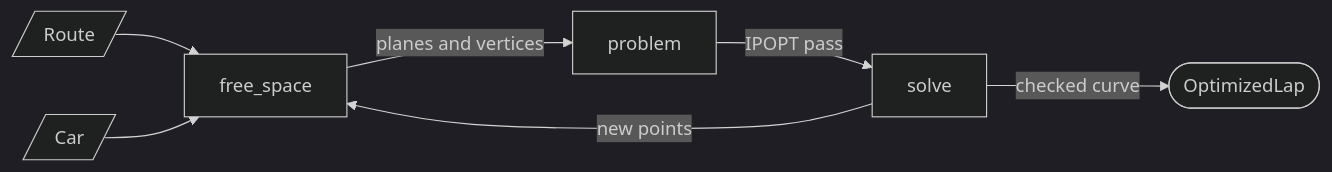
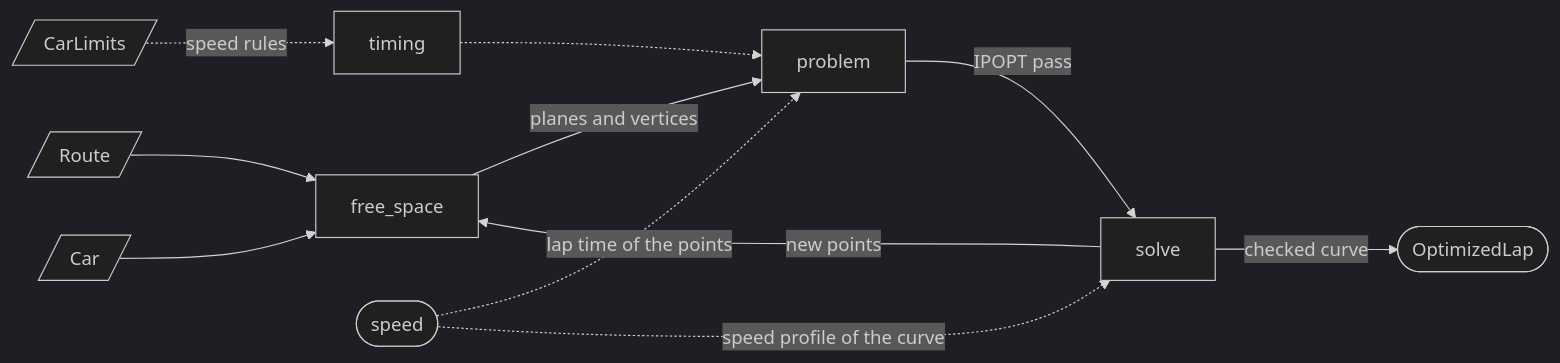
Before and after one commit to Felix-Grote/race_stack: the diagram in planner/global_planner/global_planner/optimizer/README.md, drawn with Mermaid (dark theme). The commit also changed other lines of this file and 5 other files, not shown here.

First line of the commit message:
feat: add lap-time mode to the optimizer

````diff
--- a/planner/global_planner/global_planner/optimizer/README.md
+++ b/planner/global_planner/global_planner/optimizer/README.md
@@ -36,9 +45,13 @@
 ```mermaid
 flowchart LR
     route[/Route/] --> space[free_space]
     car[/Car/] --> space
     space -->|planes and vertices| problem
+    limits[/CarLimits/] -.->|speed rules| timing
+    timing -.-> problem
     problem -->|IPOPT pass| solve
     solve -->|new points| space
+    speed([speed]) -.->|lap time of the points| problem
+    speed -.->|speed profile of the curve| solve
     solve -->|checked curve| out([OptimizedLap])
 ```
````
